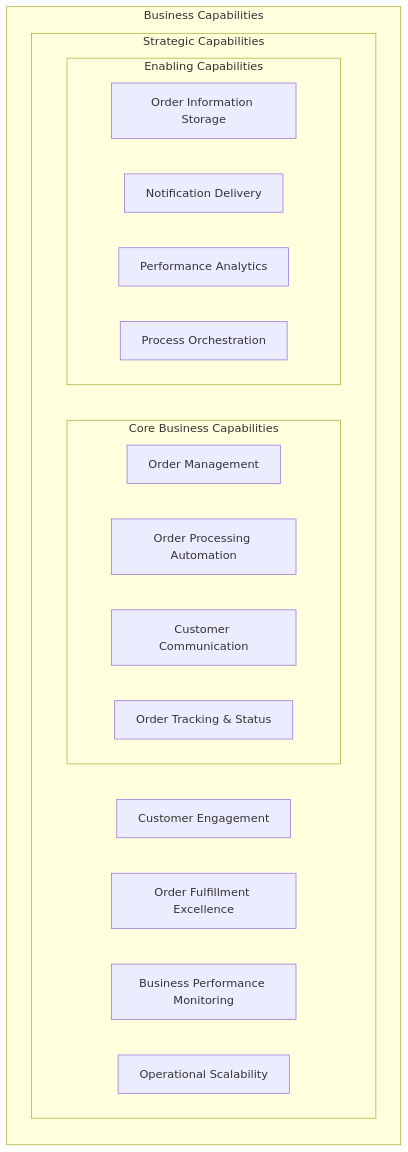
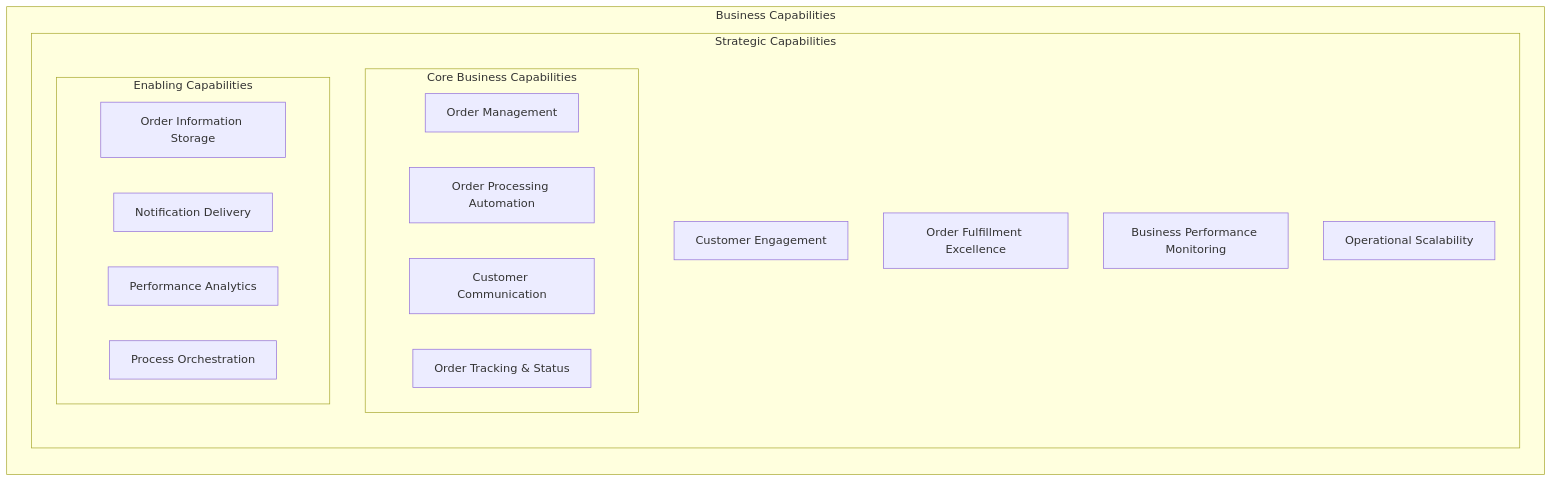
One commit to Evilazaro/Azure-LogicApps-Monitoring changed the first of 8 diagrams in docs/architecture/business-architecture.md. Above: the diagram before and after it, drawn with Mermaid.

Commit message:
docs: Add direction to strategic capabilities flowchart for consistency

````diff
--- a/docs/architecture/business-architecture.md
+++ b/docs/architecture/business-architecture.md
@@ -126,28 +126,29 @@
 ```mermaid
 flowchart TD
     subgraph businesscap["Business Capabilities"]
         direction TB
         subgraph strategic["Strategic Capabilities"]
+            direction TB
             SC1["Customer Engagement"]
             SC2["Order Fulfillment Excellence"]
             SC3["Business Performance Monitoring"]
             SC4["Operational Scalability"]
             subgraph core["Core Business Capabilities"]
                 direction LR
                 CC1["Order Management"]
                 CC2["Order Processing Automation"]
                 CC3["Customer Communication"]
                 CC4["Order Tracking & Status"]
             end
             subgraph enabling["Enabling Capabilities"]
                 direction LR
                 EC1["Order Information Storage"]
                 EC2["Notification Delivery"]
                 EC3["Performance Analytics"]
                 EC4["Process Orchestration"]
             end        
         end
         
     end
     
 ```
````
